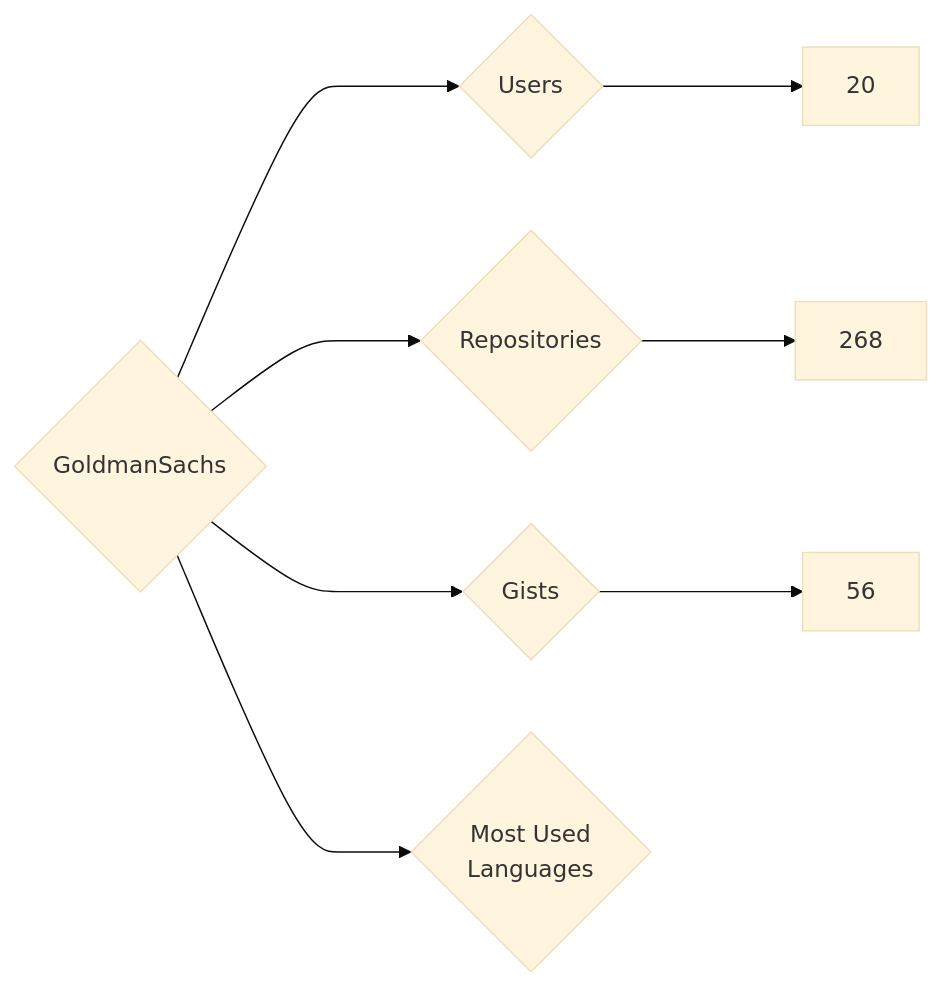
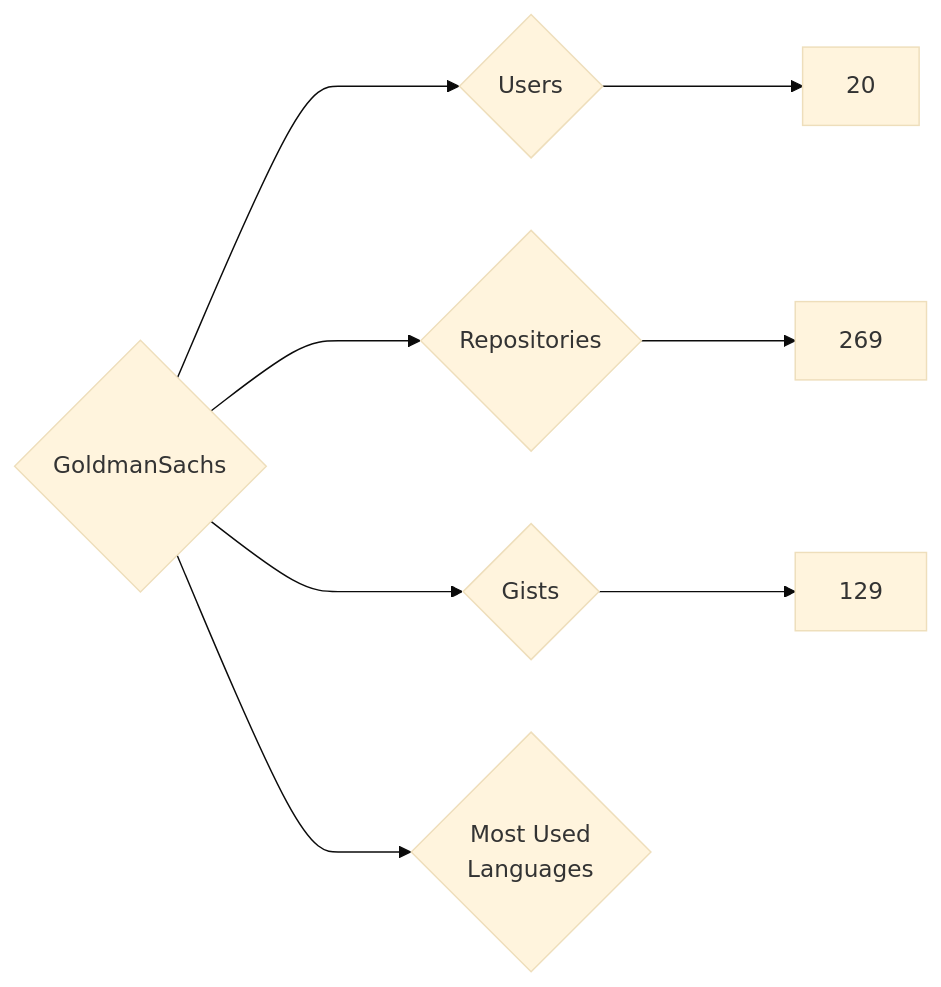
Before and after one commit to nenadzaric/insiders: the diagram in targets/GoldmanSachs/README.md, drawn with Mermaid (base theme). The commit also changed 1342 other files, not shown here.

````diff
--- a/targets/GoldmanSachs/README.md
+++ b/targets/GoldmanSachs/README.md
@@ -3,8 +3,8 @@
 ```mermaid
 graph LR
 COMPANY_NAME{GoldmanSachs}
 COMPANY_NAME ---> U{Users} ---> UN[20]
-COMPANY_NAME ---> R{Repositories} ---> RN[268]
-COMPANY_NAME ---> G{Gists} ---> GN[56]
+COMPANY_NAME ---> R{Repositories} ---> RN[269]
+COMPANY_NAME ---> G{Gists} ---> GN[129]
 COMPANY_NAME ---> ML{Most Used<br>Languages}
 ```
````
